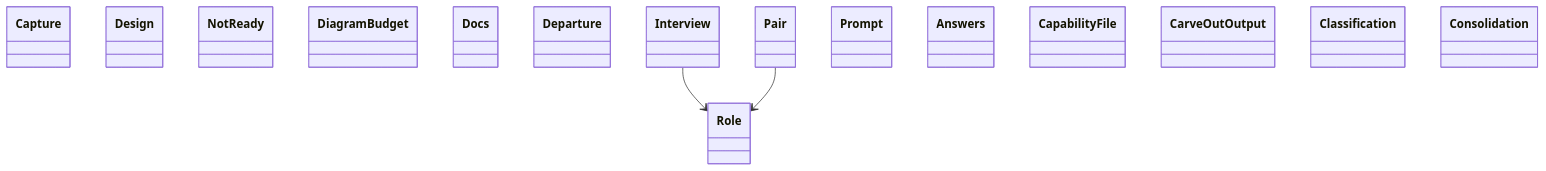
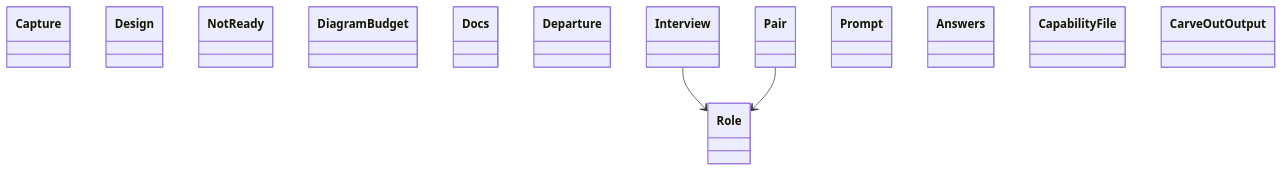
The diagram in docs/architecture/generated/classes-process-domain-roles-1.md (GonzaloZevallos/agentic-system), drawn with Mermaid before and after one commit. The commit also changed other lines of this file and 27 other files, not shown here.

````diff
--- a/docs/architecture/generated/classes-process-domain-roles-1.md
+++ b/docs/architecture/generated/classes-process-domain-roles-1.md
@@ -28,20 +29,18 @@
 ```mermaid
 classDiagram
     class design__Capture["Capture"]
     class design__Design["Design"]
     class design__NotReady["NotReady"]
     class docs__DiagramBudget["DiagramBudget"]
     class docs__Docs["Docs"]
     class drawing__Departure["Departure"]
     class roles__Interview["Interview"]
     class roles__Pair["Pair"]
     class roles__Prompt["Prompt"]
     class roles__Role["Role"]
     class schemas__Answers["Answers"]
     class schemas__CapabilityFile["CapabilityFile"]
     class schemas__CarveOutOutput["CarveOutOutput"]
-    class schemas__Classification["Classification"]
-    class schemas__Consolidation["Consolidation"]
     roles__Interview --> roles__Role
     roles__Pair --> roles__Role
 ```
````
